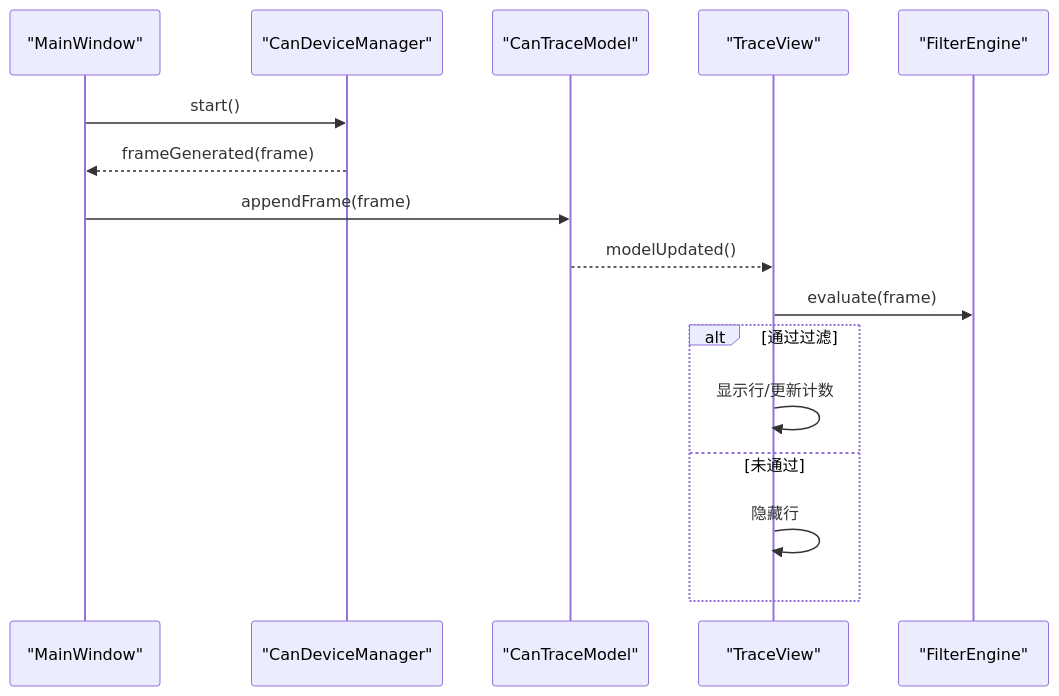
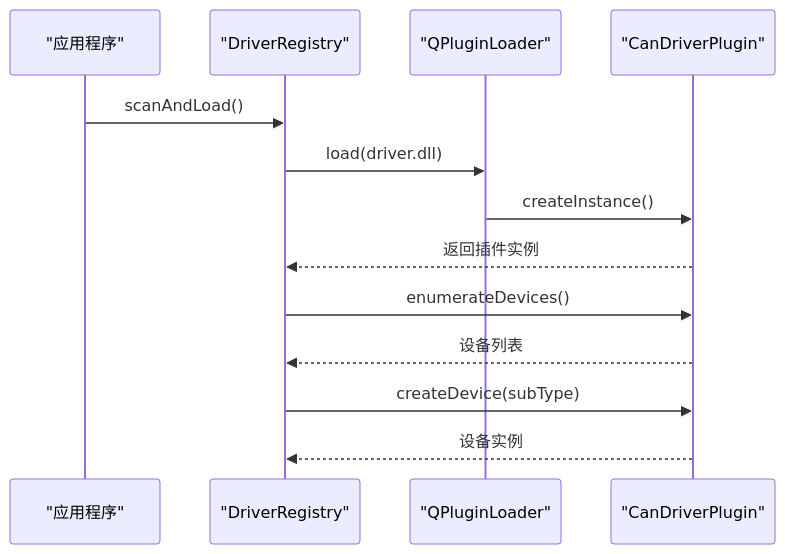
Before and after one commit to jakecai1225-design/OpenBus: the fifth of 7 diagrams in .qoder/repowiki/zh/content/核心模块详解/CAN设备管理系统.md, drawn with Mermaid. The commit also changed other lines of this file and 40 other files, not shown here.

````diff
--- a/.qoder/repowiki/zh/content/核心模块详解/CAN设备管理系统.md
+++ b/.qoder/repowiki/zh/content/核心模块详解/CAN设备管理系统.md
@@ -495,18 +329,15 @@
 ```mermaid
 sequenceDiagram
-participant Main as "MainWindow"
-participant DevMgr as "CanDeviceManager"
-participant Model as "CanTraceModel"
-participant View as "TraceView"
-participant Filter as "FilterEngine"
-Main->>DevMgr : start()
-DevMgr-->>Main : frameGenerated(frame)
-Main->>Model : appendFrame(frame)
-Model-->>View : modelUpdated()
-View->>Filter : evaluate(frame)
-alt 通过过滤
-View->>View : 显示行/更新计数
-else 未通过
-View->>View : 隐藏行
-end
+participant App as "应用程序"
+participant Registry as "DriverRegistry"
+participant Loader as "QPluginLoader"
+participant Plugin as "CanDriverPlugin"
+App->>Registry : scanAndLoad()
+Registry->>Loader : load(driver.dll)
+Loader->>Plugin : createInstance()
+Plugin-->>Registry : 返回插件实例
+Registry->>Plugin : enumerateDevices()
+Plugin-->>Registry : 设备列表
+Registry->>Plugin : createDevice(subType)
+Plugin-->>Registry : 设备实例
 ```
````
